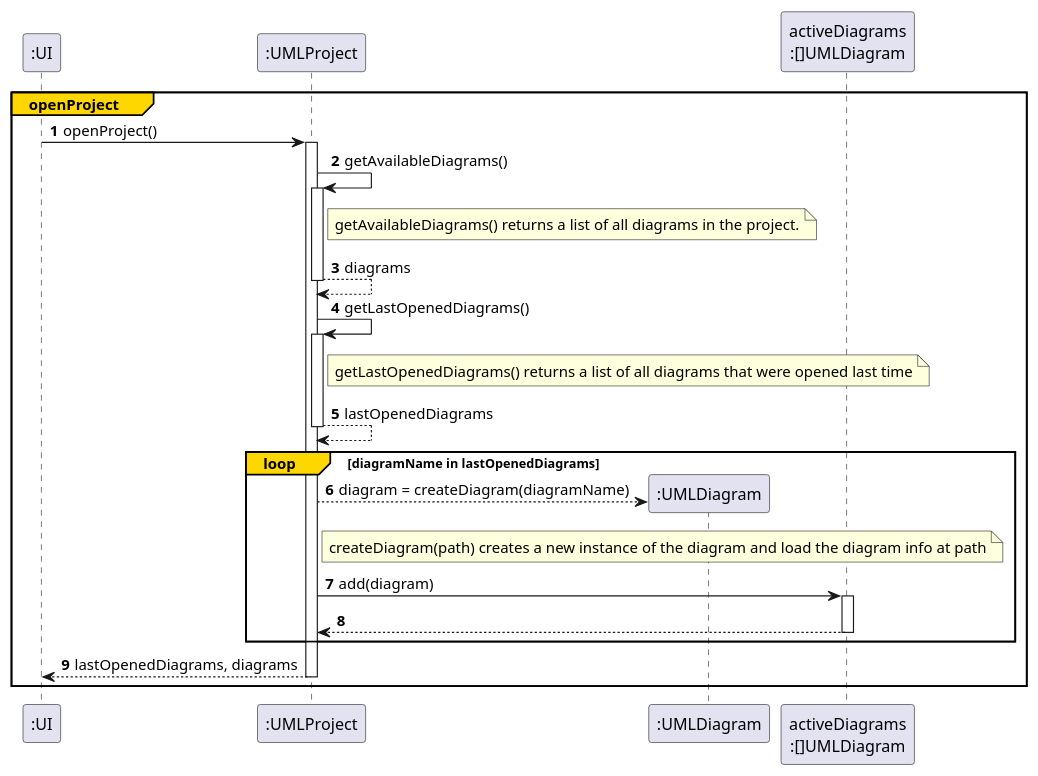
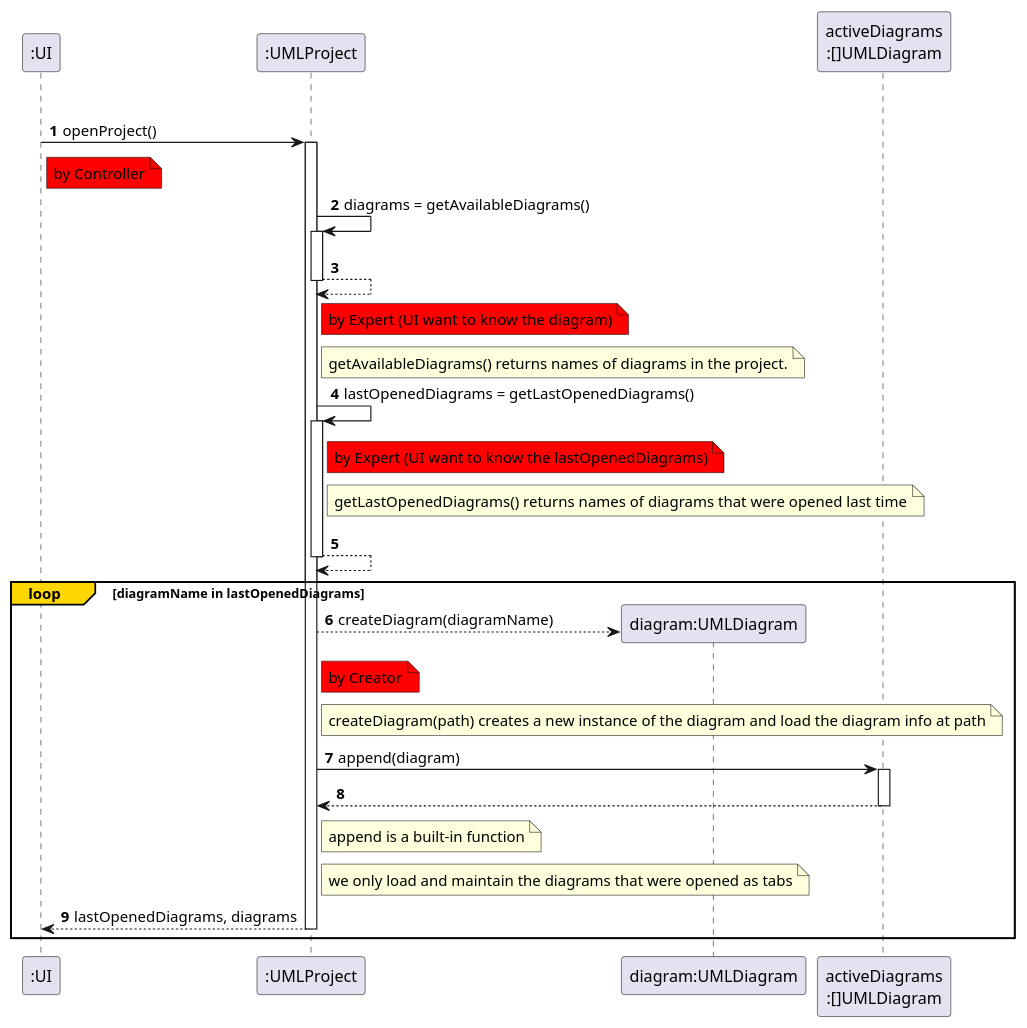
Before and after one commit to Vghxv/Dr.UML__________________: the first of 15 diagrams in docs/graphs/ssd.iuml, drawn with PlantUML. The commit also changed other lines of this file and 2 other files, not shown here.

Commit message:
docs(diagram): add SSD and class diagram

```diff
--- a/docs/graphs/ssd.iuml
+++ b/docs/graphs/ssd.iuml
@@ -1,29 +1,32 @@
 @startuml
 autonumber
 group#gold #white openProject
     autoactivate on
     participant ":UI"
     participant ":UMLProject"
     
     ":UI" -> ":UMLProject": openProject()
+    note right of ":UI" #red: by Controller
+    ":UMLProject" -> ":UMLProject": diagrams = getAvailableDiagrams()
+    return
+    note right of ":UMLProject" #red: by Expert (UI want to know the diagram)
+    note right of ":UMLProject": getAvailableDiagrams() returns names of diagrams in the project.
 
-    ":UMLProject" -> ":UMLProject": getAvailableDiagrams()
-    note right of ":UMLProject": getAvailableDiagrams() returns a list of all diagrams in the project.
-    return diagrams
-
-
-    ":UMLProject" -> ":UMLProject": getLastOpenedDiagrams()
-    note right of ":UMLProject": getLastOpenedDiagrams() returns a list of all diagrams that were opened last time
-    return lastOpenedDiagrams
+    ":UMLProject" -> ":UMLProject": lastOpenedDiagrams = getLastOpenedDiagrams()
+    note right of ":UMLProject" #red: by Expert (UI want to know the lastOpenedDiagrams)
+    note right of ":UMLProject": getLastOpenedDiagrams() returns names of diagrams that were opened last time
+    return 
 
     loop#gold #white diagramName in lastOpenedDiagrams
-        ":UMLProject" --> ":UMLDiagram" ** : diagram = createDiagram(diagramName)
+        ":UMLProject" --> "diagram:UMLDiagram" ** : createDiagram(diagramName)
+        note right of ":UMLProject" #red: by Creator
         note right of ":UMLProject": createDiagram(path) creates a new instance of the diagram and load the diagram info at path
         participant "activeDiagrams\n:[]UMLDiagram"
-        ":UMLProject" -> "activeDiagrams\n:[]UMLDiagram": add(diagram)
+        ":UMLProject" -> "activeDiagrams\n:[]UMLDiagram": append(diagram)
         return
-    end
+        note right of ":UMLProject": append is a built-in function
+        note right of ":UMLProject": we only load and maintain the diagrams that were opened as tabs
+
     return lastOpenedDiagrams, diagrams
-    
 end
 @enduml
```
